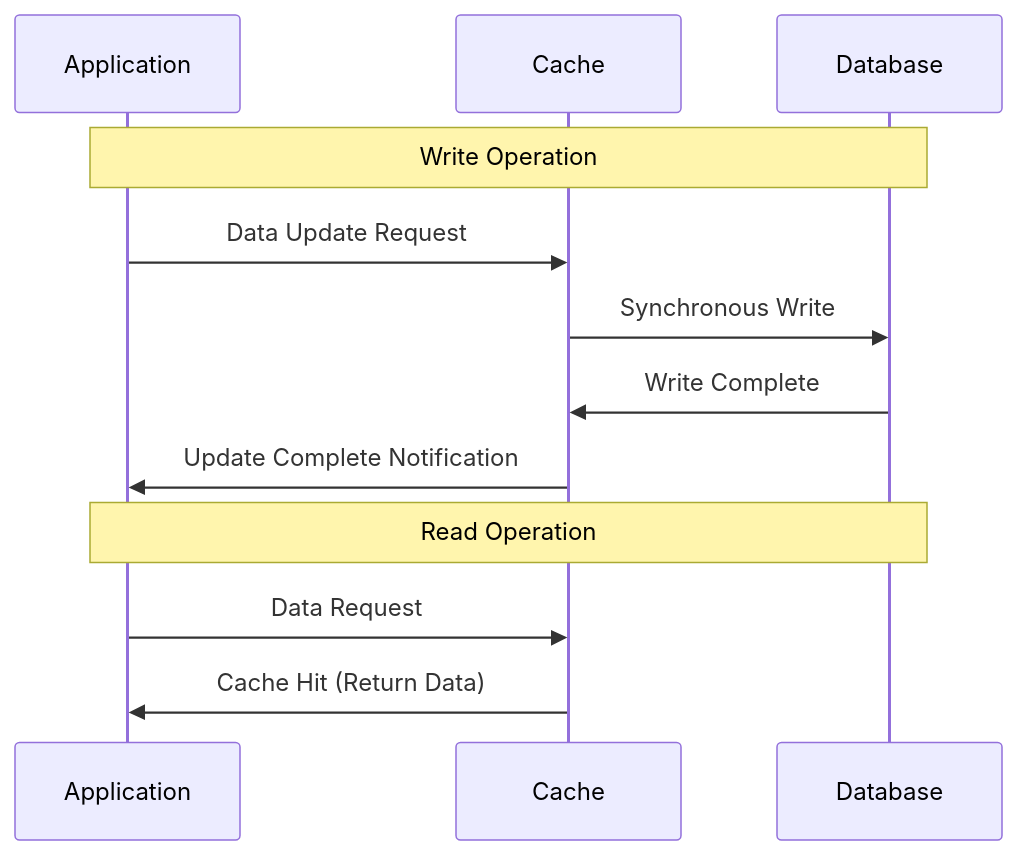
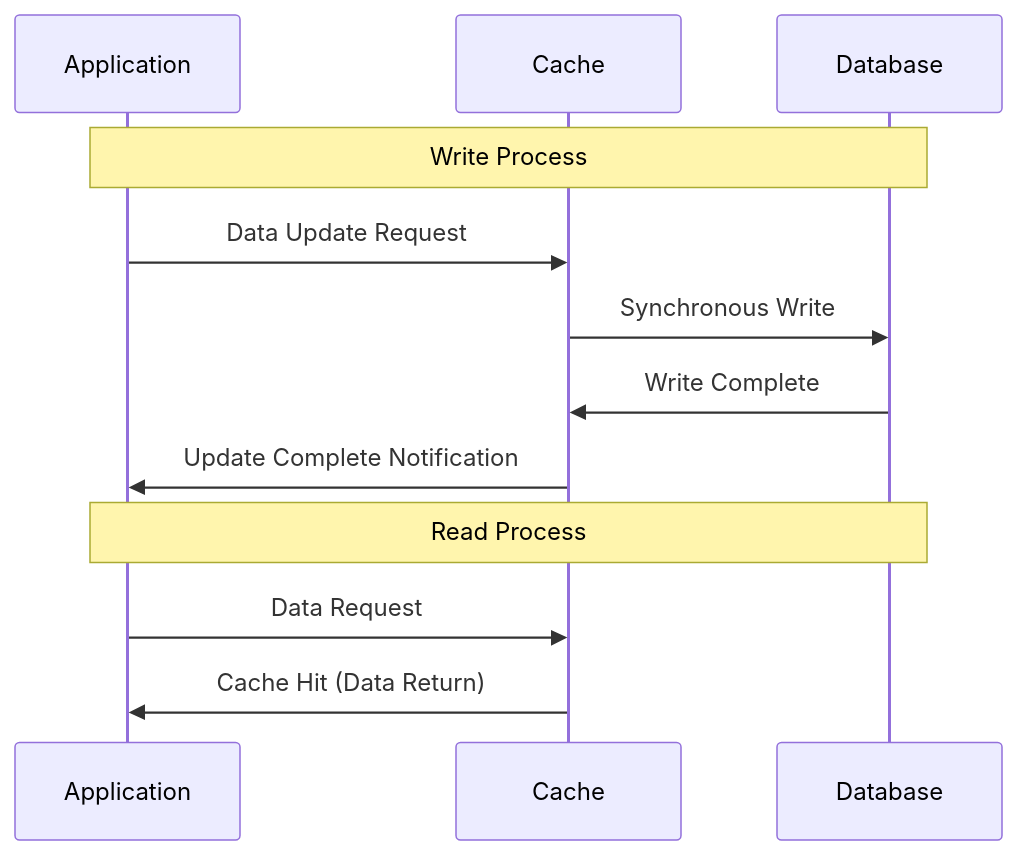
The sixth of 10 diagrams in content/en/posts/cache-strategy-patterns.md (bmf-san/bmf-tech), drawn with Mermaid before and after one commit. The commit also changed other lines of this file and 989 other files, not shown here.

````diff
--- a/content/en/posts/cache-strategy-patterns.md
+++ b/content/en/posts/cache-strategy-patterns.md
@@ -149,16 +148,16 @@
 ```mermaid
 sequenceDiagram
     participant A as Application
     participant C as Cache
     participant D as Database
 
-    Note over A,D: Write Operation
+    Note over A,D: Write Process
     A->>C: Data Update Request
     C->>D: Synchronous Write
     D->>C: Write Complete
     C->>A: Update Complete Notification
 
-    Note over A,D: Read Operation
+    Note over A,D: Read Process
     A->>C: Data Request
-    C->>A: Cache Hit (Return Data)
+    C->>A: Cache Hit (Data Return)
 ```
````
